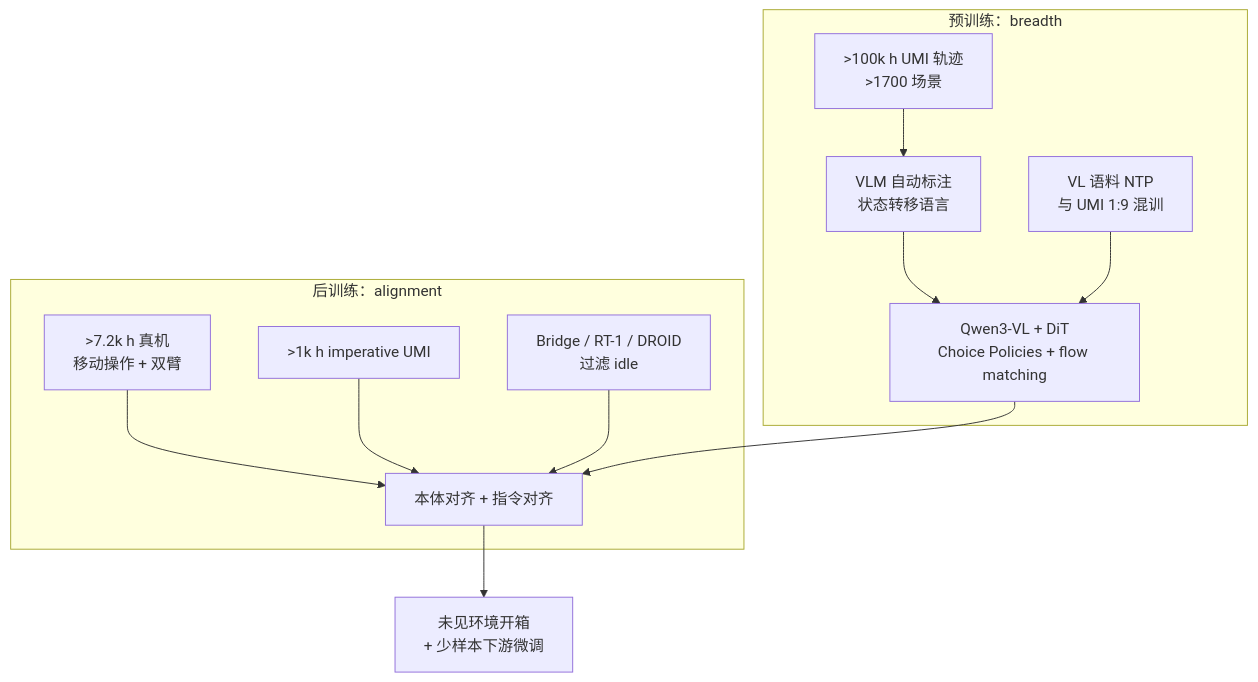
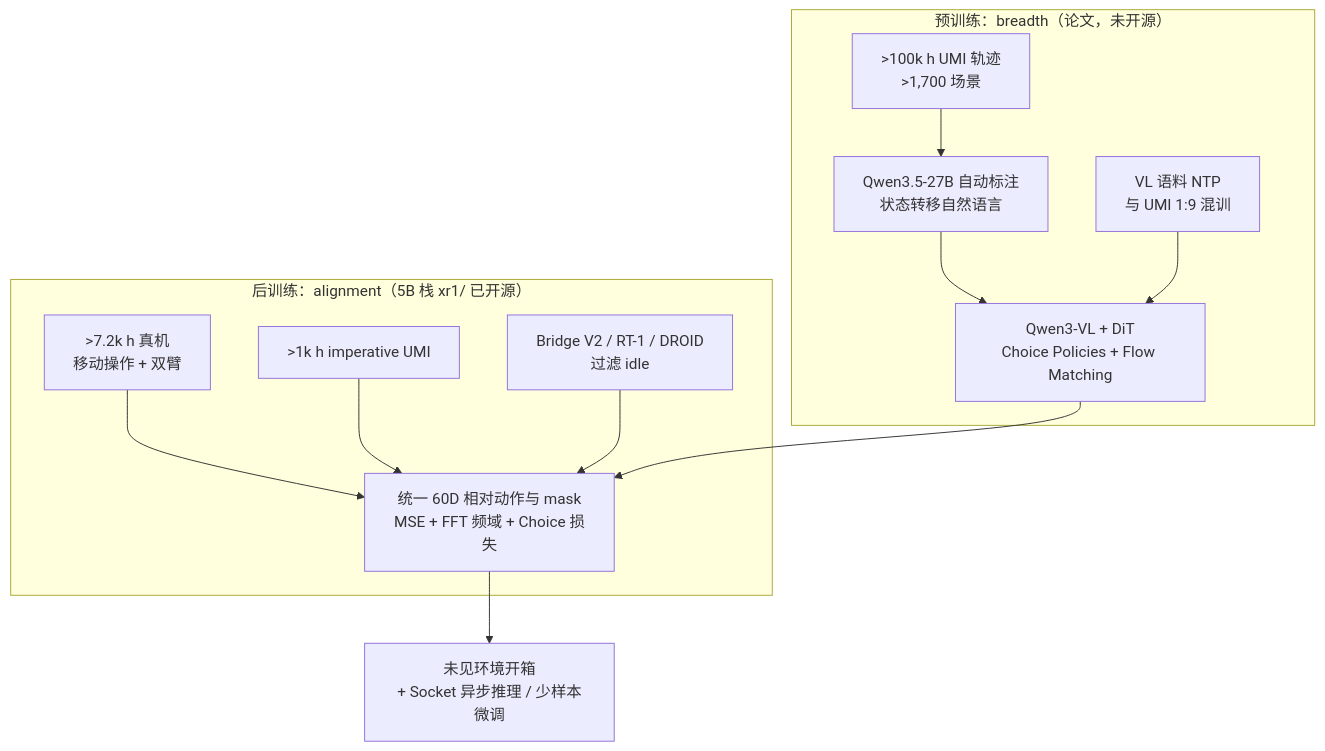
The first of 2 diagrams in wiki/entities/xiaomi-robotics-1.md (ImChong/Robotics_Notebooks), drawn with Mermaid before and after one commit. The commit also changed other lines of this file and 192 other files, not shown here.

Commit message:
[2026-11-14] ingest | roadmap/depth-vla.md — 补齐 VLA 纵深路线全部节点原文证据与满分健康度

````diff
--- a/wiki/entities/xiaomi-robotics-1.md
+++ b/wiki/entities/xiaomi-robotics-1.md
@@ -75,22 +91,22 @@
 ```mermaid
 flowchart TB
-  subgraph pre [预训练：breadth]
-    UMI[>100k h UMI 轨迹\n>1700 场景]
-    Auto[VLM 自动标注\n状态转移语言]
-    MoT[Qwen3-VL + DiT\nChoice Policies + flow matching]
-    VL[VL 语料 NTP\n与 UMI 1:9 混训]
+  subgraph pre["预训练：breadth（论文，未开源）"]
+    UMI[">100k h UMI 轨迹<br/>>1,700 场景"]
+    Auto["Qwen3.5-27B 自动标注<br/>状态转移自然语言"]
+    MoT["Qwen3-VL + DiT<br/>Choice Policies + Flow Matching"]
+    VL["VL 语料 NTP<br/>与 UMI 1:9 混训"]
     UMI --> Auto --> MoT
     VL --> MoT
   end
-  subgraph post [后训练：alignment]
-    Robot[>7.2k h 真机\n移动操作 + 双臂]
-    InstUMI[>1k h imperative UMI]
-    Open[Bridge / RT-1 / DROID\n过滤 idle]
-    Align[本体对齐 + 指令对齐]
+  subgraph post["后训练：alignment（5B 栈 xr1/ 已开源）"]
+    Robot[">7.2k h 真机<br/>移动操作 + 双臂"]
+    InstUMI[">1k h imperative UMI"]
+    Open["Bridge V2 / RT-1 / DROID<br/>过滤 idle"]
+    Align["统一 60D 相对动作与 mask<br/>MSE + FFT 频域 + Choice 损失"]
     Robot --> Align
     InstUMI --> Align
     Open --> Align
   end
   MoT --> Align
-  Align --> Deploy[未见环境开箱\n+ 少样本下游微调]
+  Align --> Deploy["未见环境开箱<br/>+ Socket 异步推理 / 少样本微调"]
 ```
````
